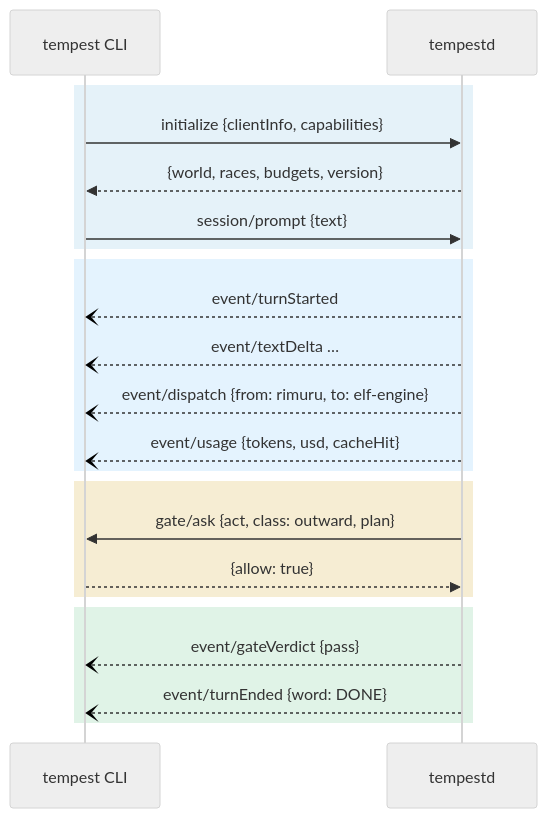
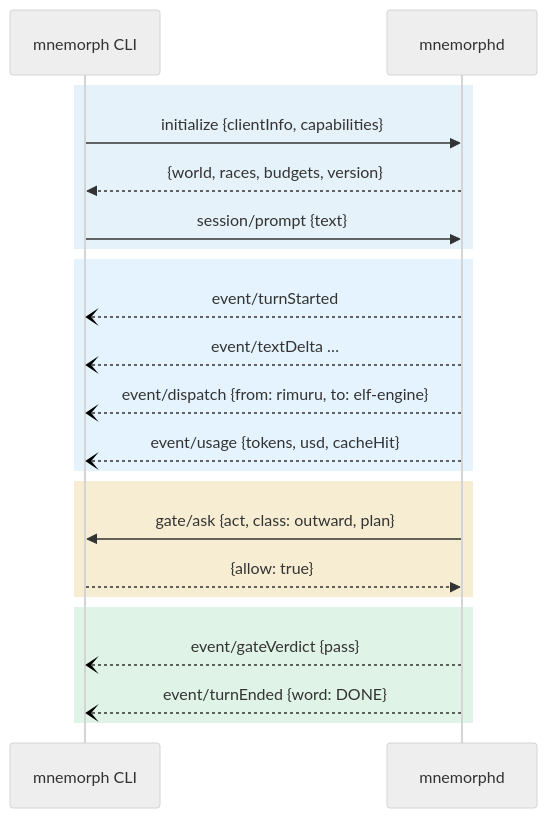
The fourth of 4 diagrams in docs/04-communication.md (Kaginari/mnemorph), drawn with Mermaid before and after one commit. The commit also changed other lines of this file and 195 other files, not shown here.

````diff
--- a/docs/04-communication.md
+++ b/docs/04-communication.md
@@ -253,31 +253,31 @@
 ```mermaid
 ---
 config:
   look: handDrawn
   theme: neutral
   flowchart:
     wrappingWidth: 360
 ---
 sequenceDiagram
-    participant CLI as tempest CLI
-    participant D as tempestd
+    participant CLI as mnemorph CLI
+    participant D as mnemorphd
     rect rgba(2,132,199,0.10)
     CLI->>D: initialize {clientInfo, capabilities}
     D-->>CLI: {world, races, budgets, version}
     CLI->>D: session/prompt {text}
     end
     rect rgba(63,169,245,0.14)
     D--)CLI: event/turnStarted
     D--)CLI: event/textDelta …
     D--)CLI: event/dispatch {from: rimuru, to: elf-engine}
     D--)CLI: event/usage {tokens, usd, cacheHit}
     end
     rect rgba(212,175,55,0.22)
     D->>CLI: gate/ask {act, class: outward, plan}
     CLI-->>D: {allow: true}
     end
     rect rgba(22,163,74,0.13)
     D--)CLI: event/gateVerdict {pass}
     D--)CLI: event/turnEnded {word: DONE}
     end
 ```
````
